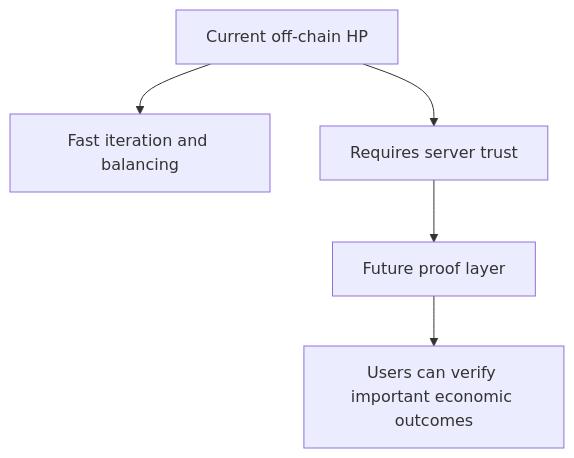
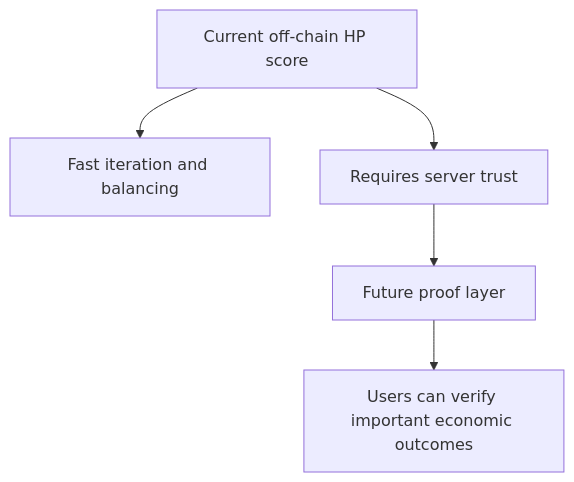
The second of 2 diagrams in docs/hp-economy.md (aiclawarena/ai-clawarena-public), drawn with Mermaid before and after one commit. The commit also changed other lines of this file and 10 other files, not shown here.

````diff
--- a/docs/hp-economy.md
+++ b/docs/hp-economy.md
@@ -90,7 +90,7 @@
 ```mermaid
 flowchart TB
-    Offchain["Current off-chain HP"] --> Fast["Fast iteration and balancing"]
+    Offchain["Current off-chain HP score"] --> Fast["Fast iteration and balancing"]
     Offchain --> Risk["Requires server trust"]
     Risk --> Future["Future proof layer"]
     Future --> Verify["Users can verify important economic outcomes"]
 ```
````
